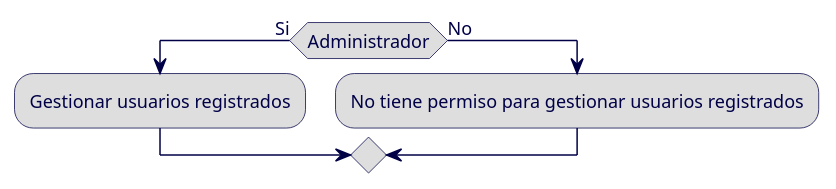
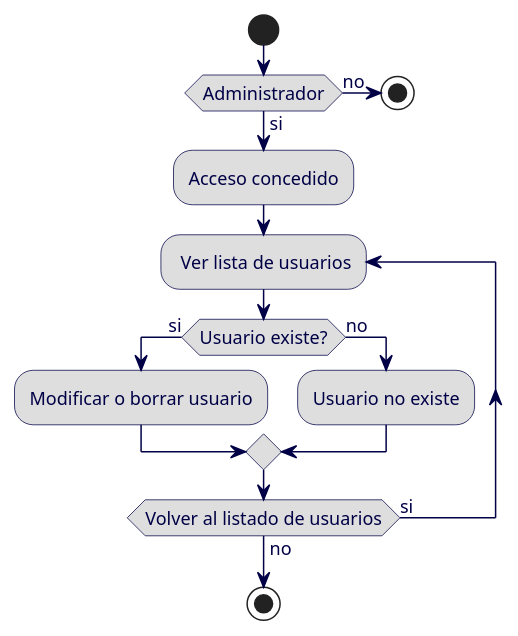
Before and after one commit to keiner5212/ing-software-p1-frontend: the diagram in UML/activity/req_7_activity_diagram.plantuml, drawn with PlantUML. The commit also changed 1 other file, not shown here.

Commit message:
Cambiando diagramas

```diff
--- a/UML/activity/req_7_activity_diagram.plantuml
+++ b/UML/activity/req_7_activity_diagram.plantuml
@@ -3,22 +3,28 @@
 @startuml req7
 
 skinparam {
     ArrowColor 010047
     BorderColor 010047
     ActivityBackgroundColor dedede
     ActivityBorderColor 010047
     ActivityFontColor 010047
     ActivityFontSize 12
     ArrowFontColor 010047
     ArrowFontSize 12
 }
-
-
-if (Administrador) then (Si)
-    :Gestionar usuarios registrados;
-else (No)
-    :No tiene permiso para gestionar usuarios registrados;
-endif
-
+start
+ if(Administrador) then (si)
+  :Acceso concedido;
+ else (no)
+  stop
+ endif
+ repeat: Ver lista de usuarios
+ if(Usuario existe?) then (si)
+  :Modificar o borrar usuario;
+ else (no)
+  :Usuario no existe;
+ endif
+ repeat while (Volver al listado de usuarios) is (si) not (no) 
+ stop
 
 @enduml
```
